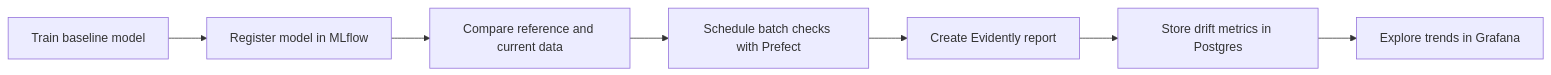
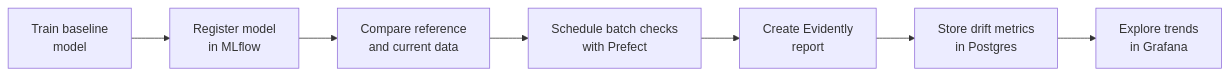
Before and after one commit to bootcampyoussef/mle-monitoring-in-ml: the diagram in README.md, drawn with Mermaid. The commit also changed other lines of this file and 12 other files, not shown here.

````diff
--- a/README.md
+++ b/README.md
@@ -13,9 +13,9 @@
 ```mermaid
 flowchart LR
-    A["Train baseline model"] --> B["Register model in MLflow"]
-    B --> C["Compare reference and current data"]
-    C --> D["Schedule batch checks with Prefect"]
-    D --> E["Create Evidently report"]
-    E --> F["Store drift metrics in Postgres"]
-    F --> G["Explore trends in Grafana"]
+    A["Train baseline<br>model"] --> B["Register model<br>in MLflow"]
+    B --> C["Compare reference<br>and current data"]
+    C --> D["Schedule batch checks<br>with Prefect"]
+    D --> E["Create Evidently<br>report"]
+    E --> F["Store drift metrics<br>in Postgres"]
+    F --> G["Explore trends<br>in Grafana"]
 ```
````
